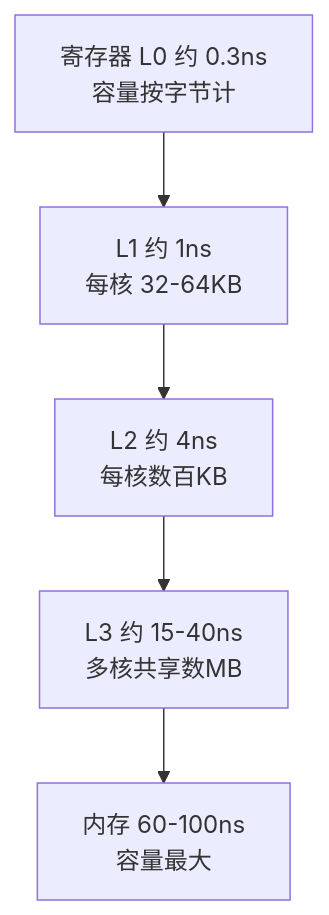
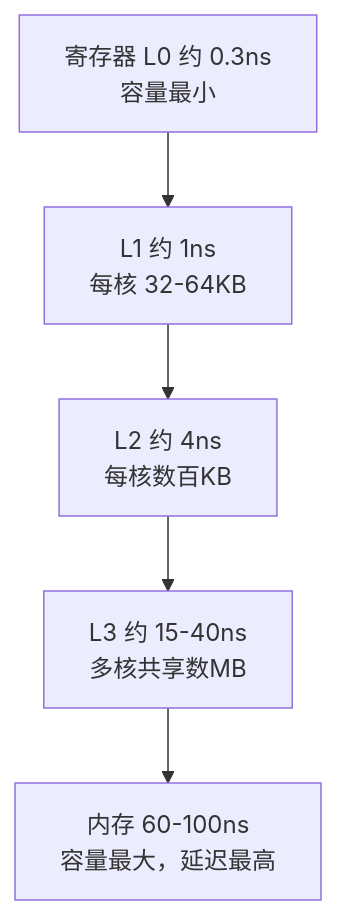
One commit to hub138/technical-knowledge changed the second of 2 diagrams in vault/工程知识/性能工程：从用户等待到资源瓶颈/处理器与内存/CPU缓存与分支决定有效执行时间.md. Above: the diagram before and after it, drawn with Mermaid. The commit also changed 3 other files, not shown here.

Commit message:
配图：第二批 10 篇插图（1 篇 Istio 官方架构图＋9 篇自绘），截图验收与审计全过

````diff
--- a/vault/工程知识/性能工程：从用户等待到资源瓶颈/处理器与内存/CPU缓存与分支决定有效执行时间.md
+++ b/vault/工程知识/性能工程：从用户等待到资源瓶颈/处理器与内存/CPU缓存与分支决定有效执行时间.md
@@ -79,7 +79,7 @@
 ```mermaid
 graph TD
-    A["寄存器 L0 约 0.3ns<br/>容量按字节计"] --> B["L1 约 1ns<br/>每核 32-64KB"]
+    A["寄存器 L0 约 0.3ns<br/>容量最小"] --> B["L1 约 1ns<br/>每核 32-64KB"]
     B --> C["L2 约 4ns<br/>每核数百KB"]
     C --> D["L3 约 15-40ns<br/>多核共享数MB"]
-    D --> E["内存 60-100ns<br/>容量最大"]
+    D --> E["内存 60-100ns<br/>容量最大，延迟最高"]
 ```
````
